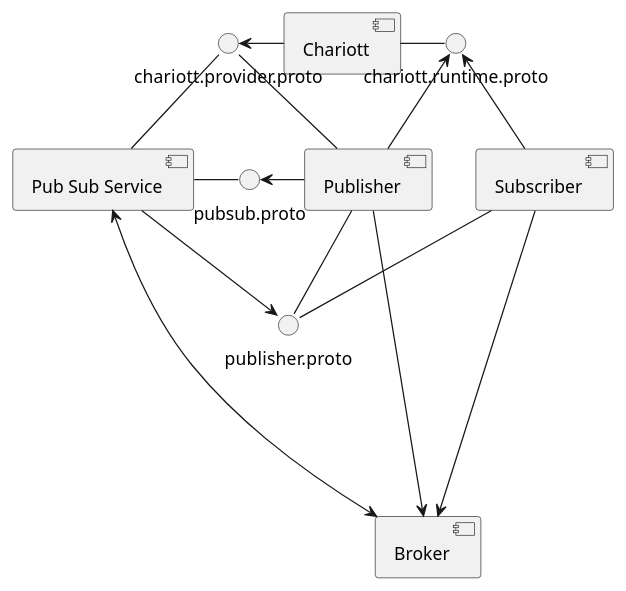
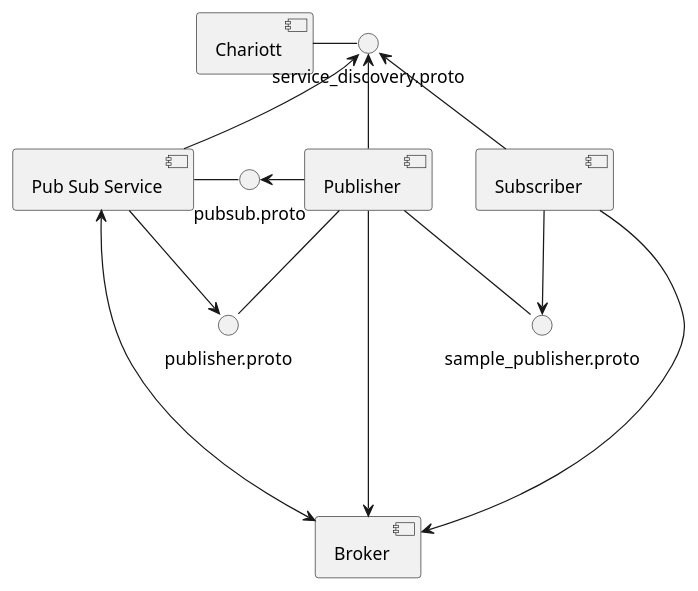
One commit to eclipse-chariott/Agemo changed the diagram in docs/diagrams/pubsub_chariott_component.puml. Above: the diagram before and after it, drawn with PlantUML. The commit also changed 32 other files, not shown here.

First line of the commit message:
Refactor publisher proto definition (#35)

```diff
--- a/docs/diagrams/pubsub_chariott_component.puml
+++ b/docs/diagrams/pubsub_chariott_component.puml
@@ -1,29 +1,28 @@
 @startuml pubsub chariott component diagram
 component "Chariott" as chariott
 
-chariott -left-> chariott.provider.proto
-chariott -right- chariott.runtime.proto
+chariott -right- service_discovery.proto
 
 component "Pub Sub Service" as ps_service
 
-ps_service -up- chariott.provider.proto
 ps_service -right- pubsub.proto
 ps_service -down-> publisher.proto
+ps_service -up-> service_discovery.proto
 
 component "Publisher" as pub
 
-pub -up- chariott.provider.proto
-pub -up-> chariott.runtime.proto
+pub -up-> service_discovery.proto
 pub -left-> pubsub.proto
 pub -down- publisher.proto
+pub -down- sample_publisher.proto
 
 component "Subscriber" as sub
 
-sub -up-> chariott.runtime.proto
-sub -down- publisher.proto
+sub -up-> service_discovery.proto
+sub -down-> sample_publisher.proto
 
 [ps_service] <--down--> [Broker]
 [pub] -down-> [Broker]
 [sub] -down-> [Broker]
 
 @enduml
```
